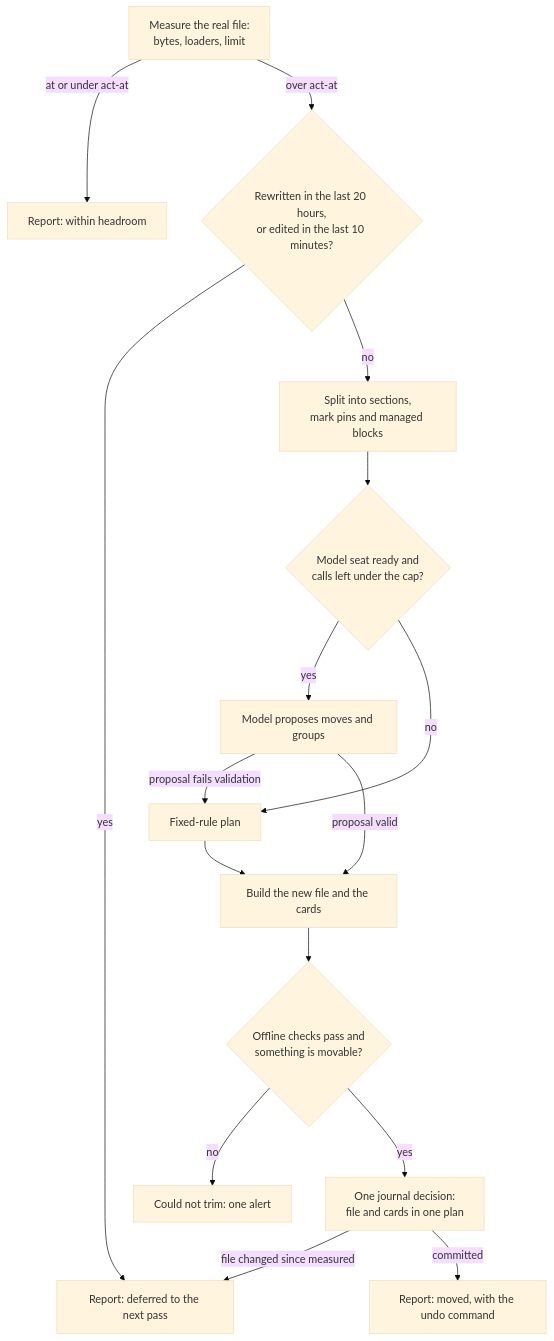
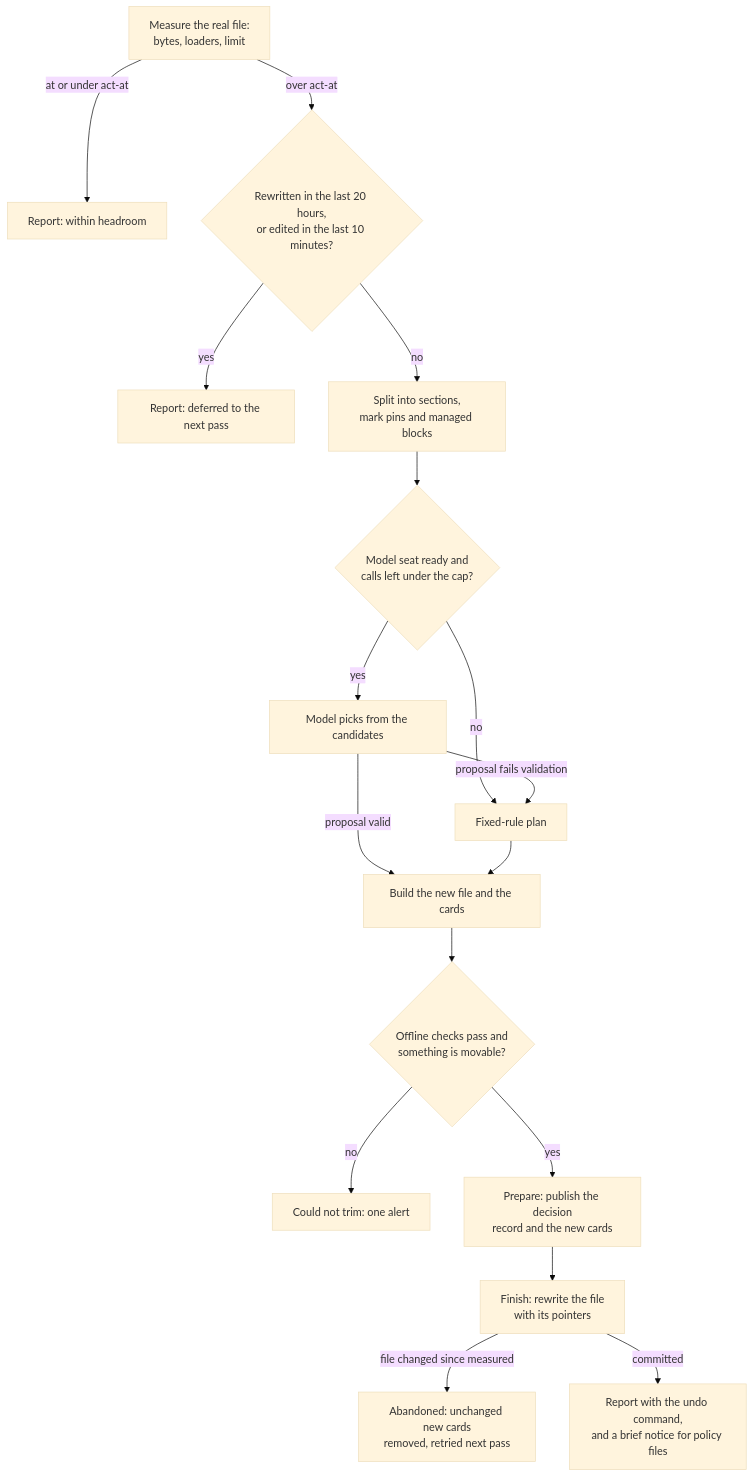
Before and after one commit to escoffier-labs/brigade: the first of 3 diagrams in docs/superpowers/specs/2026-11-13-instruction-budget-care-design.md, drawn with Mermaid (base theme). The commit also changed other lines of this file, not shown here.

````diff
--- a/docs/superpowers/specs/2026-11-13-instruction-budget-care-design.md
+++ b/docs/superpowers/specs/2026-11-13-instruction-budget-care-design.md
@@ -42,18 +47,19 @@
 ```mermaid
 flowchart TD
   A["Measure the real file:<br/>bytes, loaders, limit"] -->|"at or under act-at"| R["Report: within headroom"]
   A -->|"over act-at"| B{"Rewritten in the last 20 hours,<br/>or edited in the last 10 minutes?"}
   B -->|"yes"| W["Report: deferred to the next pass"]
   B -->|"no"| C["Split into sections,<br/>mark pins and managed blocks"]
   C --> D{"Model seat ready and<br/>calls left under the cap?"}
-  D -->|"yes"| E["Model proposes moves and groups"]
+  D -->|"yes"| E["Model picks from the candidates"]
   D -->|"no"| F["Fixed-rule plan"]
   E -->|"proposal fails validation"| F
   E -->|"proposal valid"| G["Build the new file and the cards"]
   F --> G
   G --> H{"Offline checks pass and<br/>something is movable?"}
   H -->|"no"| X["Could not trim: one alert"]
-  H -->|"yes"| J["One journal decision:<br/>file and cards in one plan"]
-  J -->|"file changed since measured"| W
-  J -->|"committed"| K["Report: moved, with the undo command"]
+  H -->|"yes"| P["Prepare: publish the decision<br/>record and the new cards"]
+  P --> Q["Finish: rewrite the file<br/>with its pointers"]
+  Q -->|"file changed since measured"| Ab["Abandoned: unchanged new cards<br/>removed, retried next pass"]
+  Q -->|"committed"| K["Report with the undo command,<br/>and a brief notice for policy files"]
 ```
````
